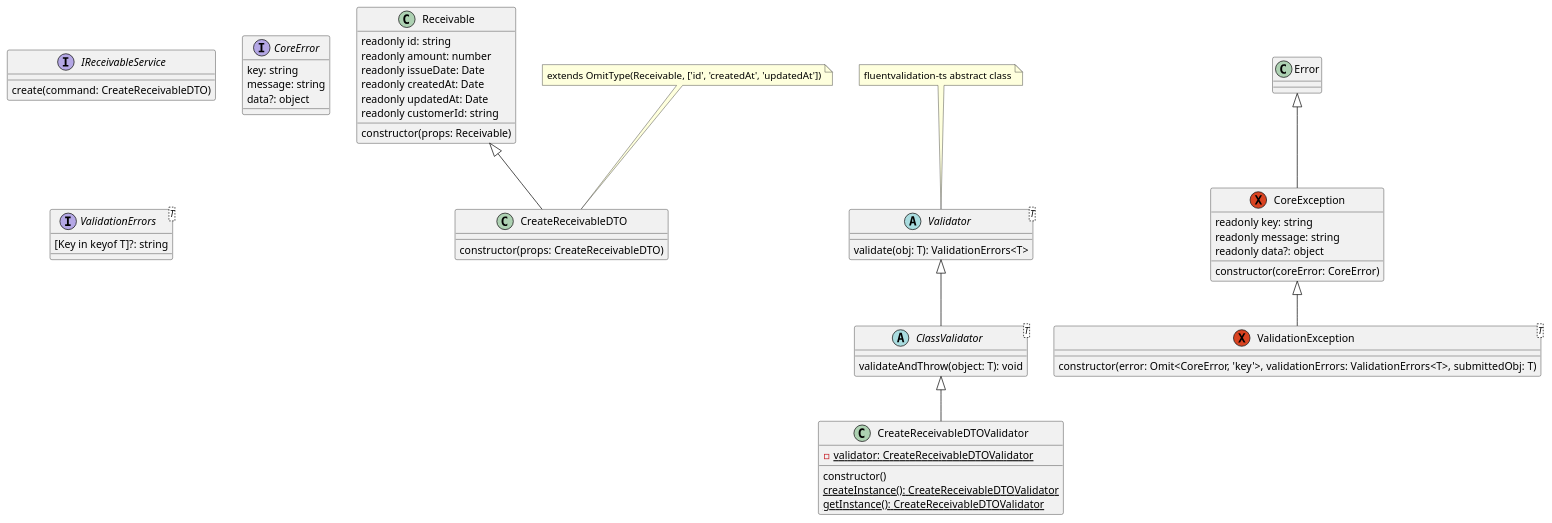
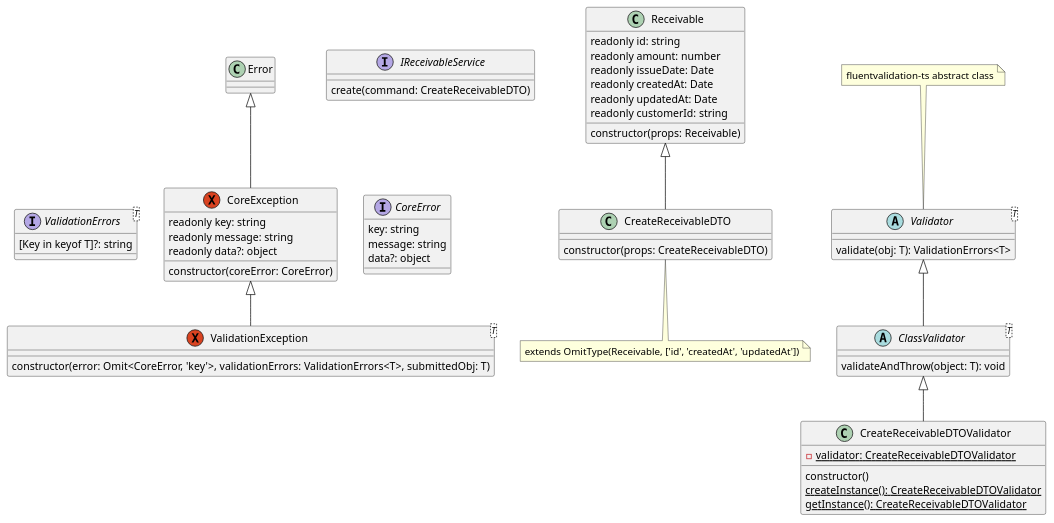
The diagram in docs/puml/class-validator-uml.wsd (giancarloCavalli/class-validation-ts), drawn with PlantUML before and after one commit. The commit also changed 2 other files, not shown here.

Commit message:
docs: refactor puml class-validator-uml diagram layout

```diff
--- a/docs/puml/class-validator-uml.wsd
+++ b/docs/puml/class-validator-uml.wsd
@@ -1,63 +1,69 @@
 @startuml "ClassValidatorUML"
 
 interface IReceivableService {
   create(command: CreateReceivableDTO)
 }
 
 class Receivable {
   readonly id: string
   readonly amount: number
   readonly issueDate: Date
   readonly createdAt: Date
   readonly updatedAt: Date
   readonly customerId: string
 
   constructor(props: Receivable)
 }
 
 class CreateReceivableDTO extends Receivable {
   constructor(props: CreateReceivableDTO)
 }
 
-note top of CreateReceivableDTO : extends OmitType(Receivable, ['id', 'createdAt', 'updatedAt'])
+note bottom of CreateReceivableDTO : extends OmitType(Receivable, ['id', 'createdAt', 'updatedAt'])
 
 abstract class Validator<T> {
   validate(obj: T): ValidationErrors<T>
 }
 
 note top of Validator : fluentvalidation-ts abstract class
 
 abstract ClassValidator<T> extends Validator {
   validateAndThrow(object: T): void
 }
 
 class CreateReceivableDTOValidator extends ClassValidator {
   - {static} validator: CreateReceivableDTOValidator
 
   constructor()
   {static} createInstance(): CreateReceivableDTOValidator
   {static} getInstance(): CreateReceivableDTOValidator
 }
 
 exception CoreException extends Error {
   readonly key: string
   readonly message: string
   readonly data?: object
 
   constructor(coreError: CoreError)
 }
 
 interface CoreError {
   key: string
   message: string
   data?: object
 }
 
+CoreException --[hidden]r> CoreError
+
+CoreException --[hidden]l> ValidationErrors
+
 interface ValidationErrors<T> {
   [Key in keyof T]?: string
 }
 
 exception ValidationException<T> extends CoreException {
   constructor(error: Omit<CoreError, 'key'>, validationErrors: ValidationErrors<T>, submittedObj: T)
 }
+
+
 @enduml
```
